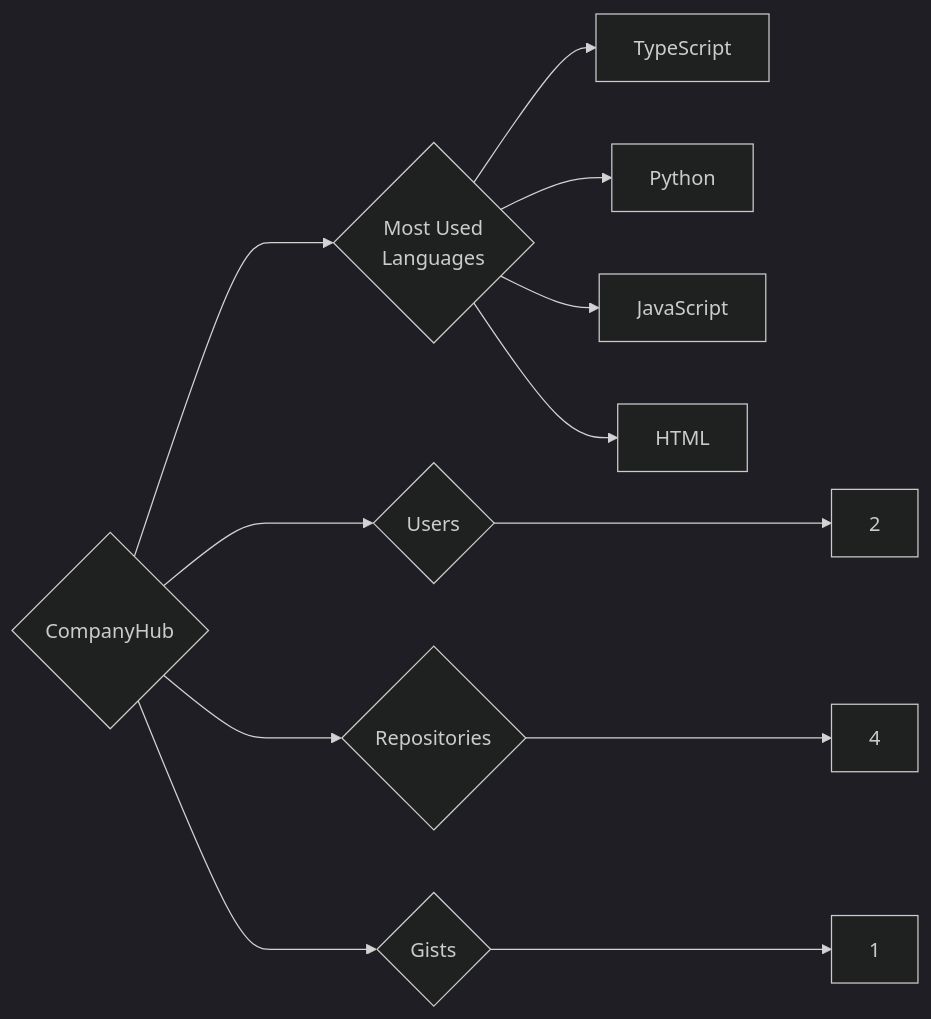
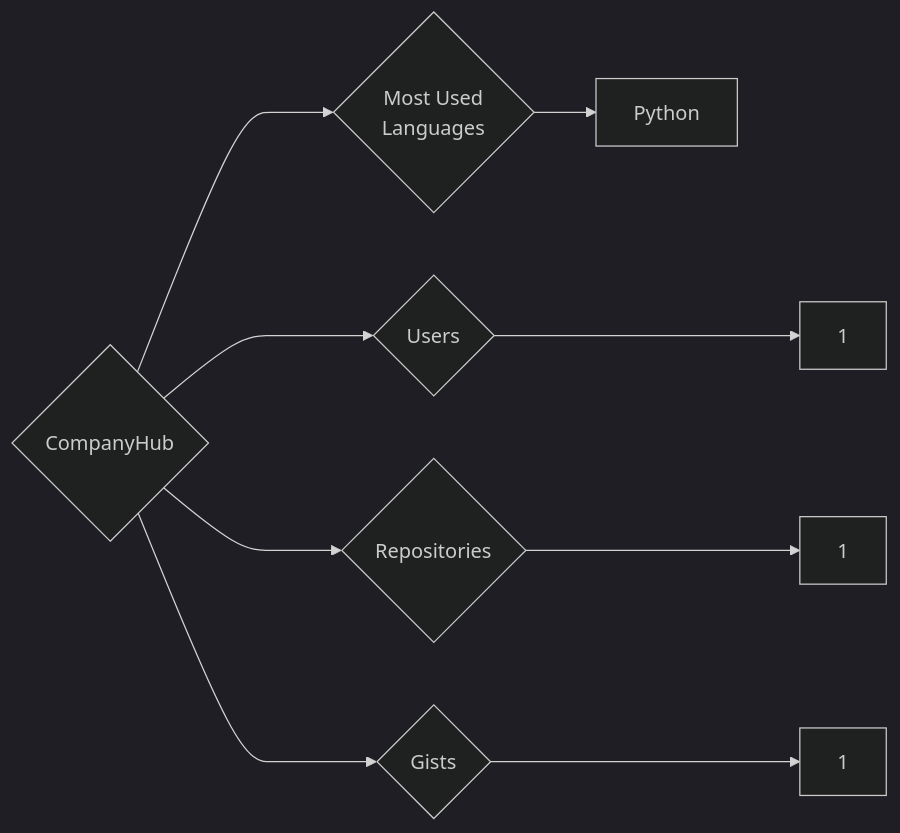
One commit to trickest/insiders changed the diagram in targets/CompanyHub/README.md. Above: the diagram before and after it, drawn with Mermaid (dark theme). The commit also changed 873 other files, not shown here.

````diff
--- a/targets/CompanyHub/README.md
+++ b/targets/CompanyHub/README.md
@@ -3,12 +3,9 @@
 ```mermaid
 graph LR
 COMPANY_NAME{CompanyHub}
-COMPANY_NAME ---> U{Users} ---> UN[2]
-COMPANY_NAME ---> R{Repositories} ---> RN[4]
+COMPANY_NAME ---> U{Users} ---> UN[1]
+COMPANY_NAME ---> R{Repositories} ---> RN[1]
 COMPANY_NAME ---> G{Gists} ---> GN[1]
 COMPANY_NAME ---> ML{Most Used<br>Languages}
-ML --> TypeScript[TypeScript]
 ML --> Python[Python]
-ML --> JavaScript[JavaScript]
-ML --> HTML[HTML]
 ```
````
